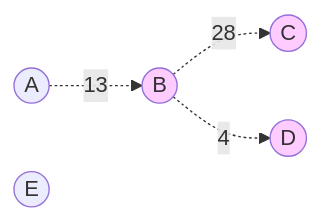
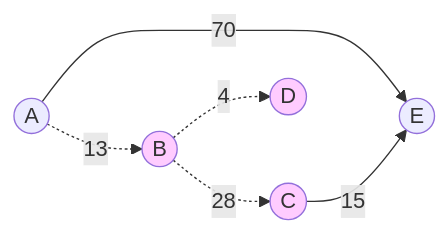
One commit to dmjcb/dmjcb.github.io changed the third of 4 diagrams in _posts/DataStructures/Graph/2022-02-13-SPFA最短路.md. Above: the diagram before and after it, drawn with Mermaid. The commit also changed other lines of this file and 122 other files, not shown here.

Commit message:
修复图形显示BUG

````diff
--- a/_posts/DataStructures/Graph/2022-02-13-SPFA最短路.md
+++ b/_posts/DataStructures/Graph/2022-02-13-SPFA最短路.md
@@ -75,17 +83,19 @@
 ```mermaid
 graph LR
     A((A))
     B((B))
     C((C))
     D((D))
     E((E))
 
     A -.13-.-> B
+    A --70--> E
     B -.28-.-> C
     B -.4-.-> D
+    C --15--> E
 
     B:::Style
     C:::Style
     D:::Style
     classDef Style fill:#FFCCFF
 ```
````
